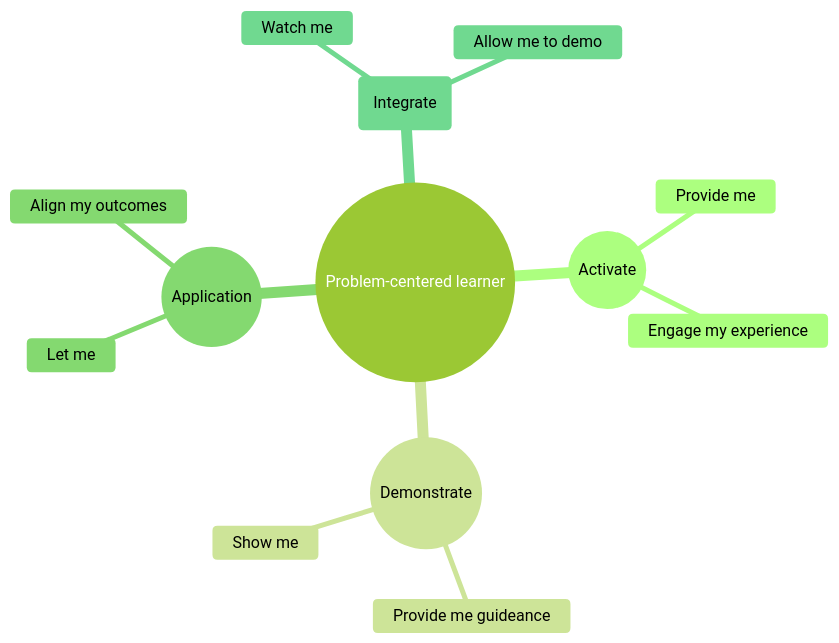
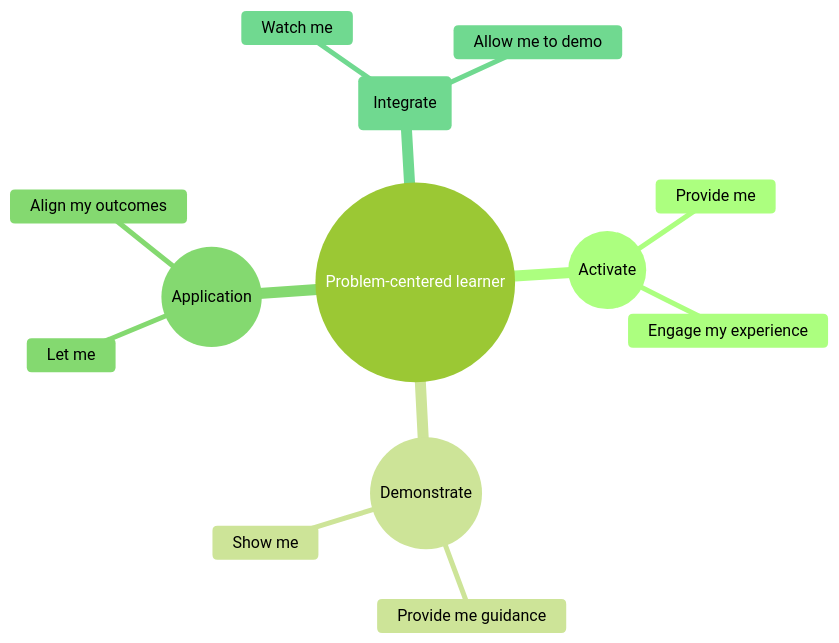
Before and after one commit to whitelunarium/pages_fork: the fifth of 6 diagrams in _posts/Foundation/A-agile_classroom/2025-08-16-agile_design_thinking.md, drawn with Mermaid (forest theme). The commit also changed other lines of this file, not shown here.

````diff
--- a/_posts/Foundation/A-agile_classroom/2025-08-16-agile_design_thinking.md
+++ b/_posts/Foundation/A-agile_classroom/2025-08-16-agile_design_thinking.md
@@ -312,16 +312,16 @@
 ```mermaid
 mindmap
   root((Problem-centered learner))
     Module1((Activate))
       Provide me
       Engage my experience      
     Module2((Demonstrate))
       Show me
-      Provide me guideance     
+      Provide me guidance     
     Module3((Application))
       Let me
       Align my outcomes
     Module4(Integrate)
       Watch me
       Allow me to demo
 ```
````
